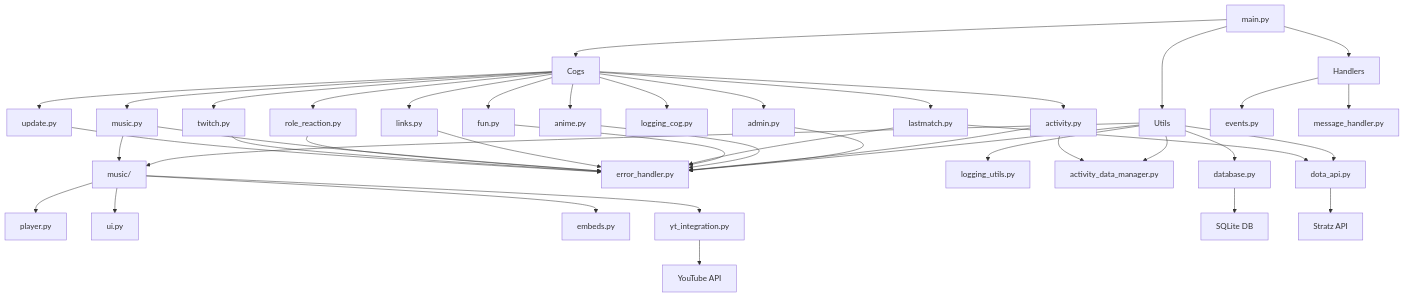
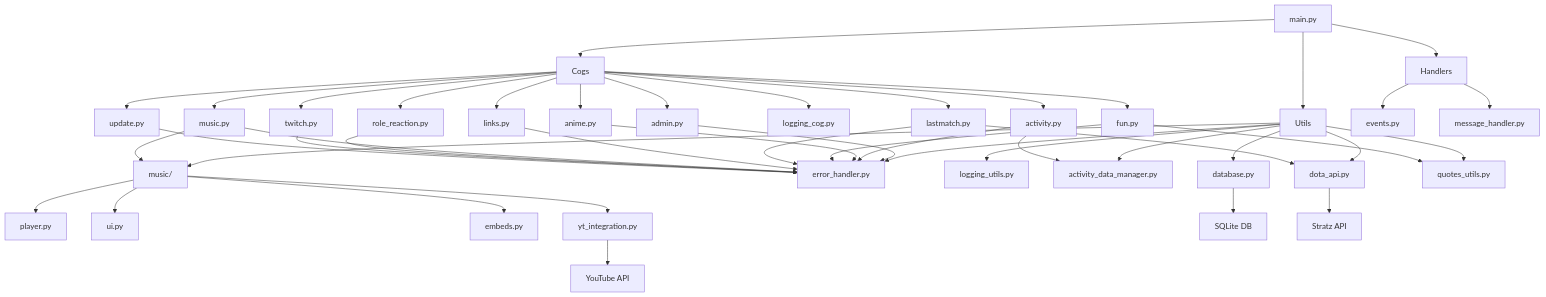
Before and after one commit to Twinlab/pd_bot: the eighth of 10 diagrams in docs/ARCHITECTURE.md, drawn with Mermaid. The commit also changed other lines of this file and 17 other files, not shown here.

````diff
--- a/docs/ARCHITECTURE.md
+++ b/docs/ARCHITECTURE.md
@@ -190,52 +239,55 @@
 ```mermaid
 graph TD
     A[main.py] --> B[Cogs]
     A --> C[Handlers]
     A --> D[Utils]
 
     B --> B1[admin.py]
     B --> B2[activity.py]
     B --> B3[anime.py]
     B --> B4[fun.py]
     B --> B6[lastmatch.py]
     B --> B7[links.py]
     B --> B8[logging_cog.py]
     B --> B9[music.py]
     B --> B10[role_reaction.py]
     B --> B11[twitch.py]
     B --> B12[update.py]
 
     C --> C1[events.py]
     C --> C2[message_handler.py]
 
     D --> D1[database.py]
     D --> D2[error_handler.py]
     D --> D3[logging_utils.py]
     D --> D4[activity_data_manager.py]
     D --> D5[dota_api.py]
     D --> D6[music/]
 
     D6 --> D6_1[player.py]
     D6 --> D6_2[ui.py]
     D6 --> D6_3[embeds.py]
     D6 --> D6_4[yt_integration.py]
 
     B2 --> D4
     B6 --> D5
     B9 --> D6
 
     B1 --> D2
     B2 --> D2
     B3 --> D2
     B4 --> D2
     B6 --> D2
     B7 --> D2
     B9 --> D2
     B10 --> D2
     B11 --> D2
     B12 --> D2
 
     D1 --> E[SQLite DB]
     D5 --> F[Stratz API]
     D6_4 --> G[YouTube API]
+
+    D --> D7[quotes_utils.py]
+    B4 --> D7
 ```
````
